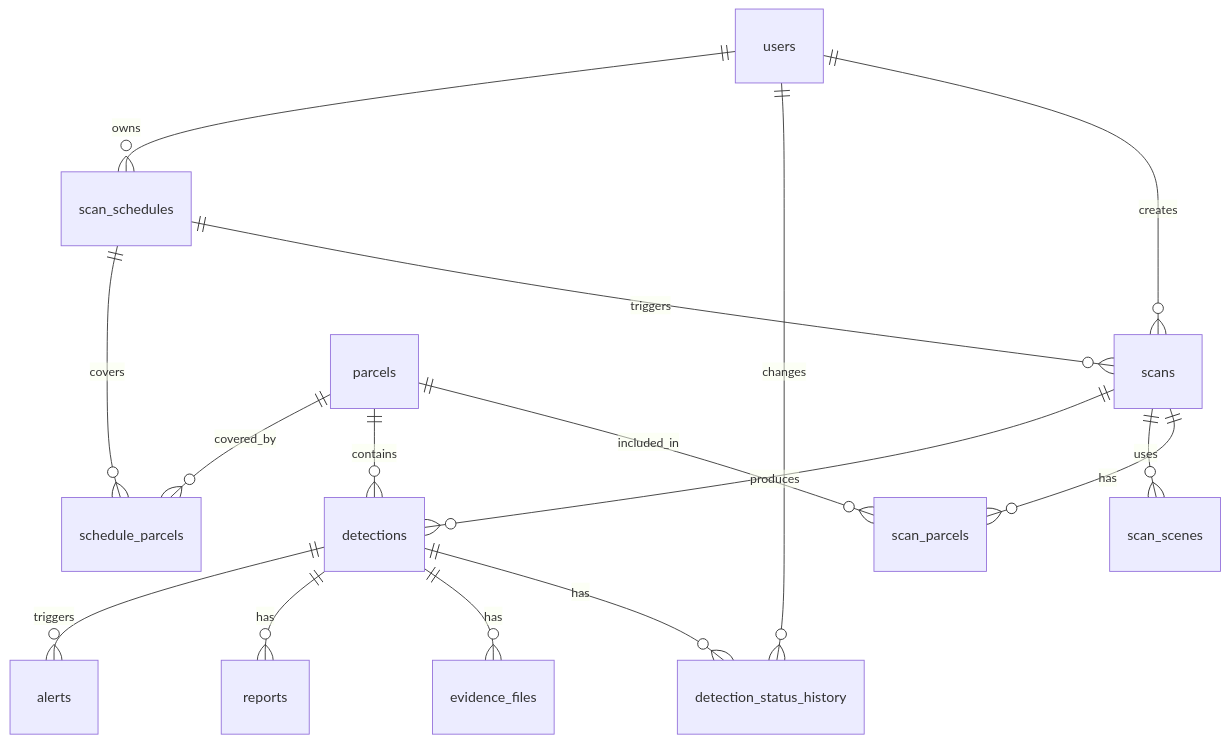
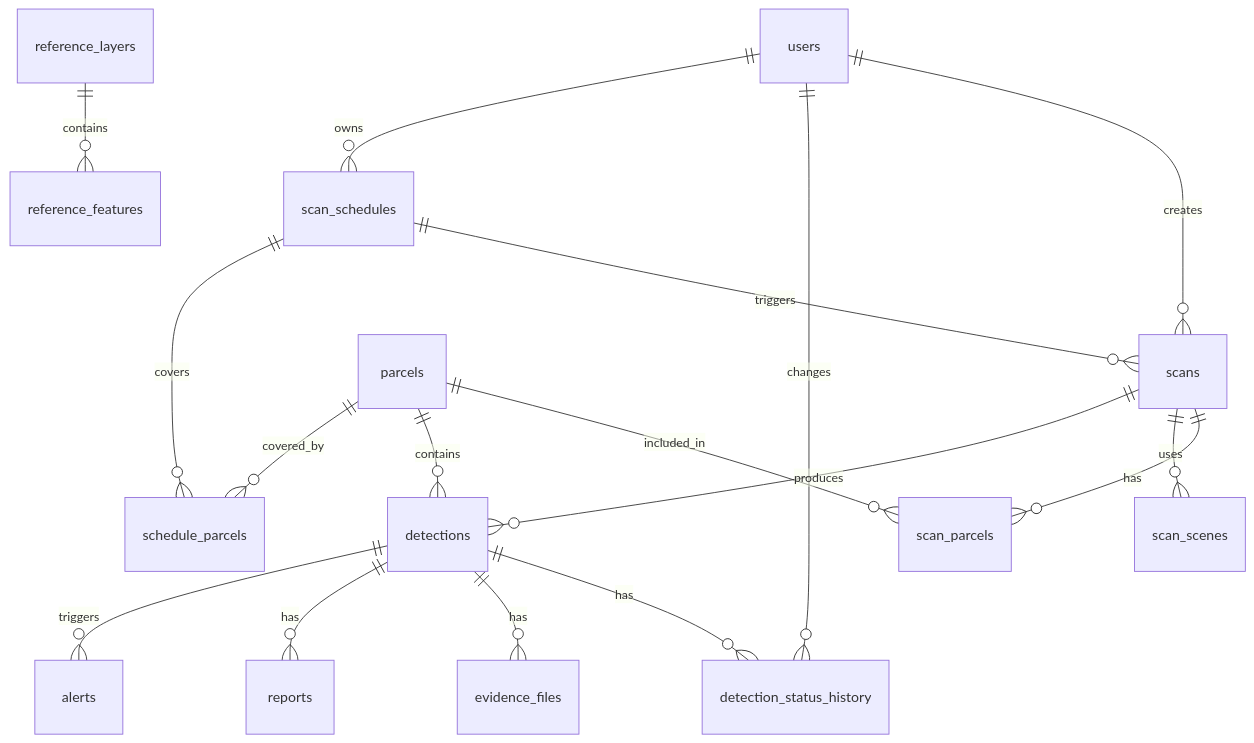
The diagram in docs/05-schema.md (shre123stha-commits/geoguard), drawn with Mermaid before and after one commit. The commit also changed other lines of this file and 29 other files, not shown here.

First line of the commit message:
feat(zones): reference layers and zone-context priority for detections (Phase 9.1, v1.1.0)

````diff
--- a/docs/05-schema.md
+++ b/docs/05-schema.md
@@ -10,18 +10,19 @@
 ```mermaid
 erDiagram
     users ||--o{ scans : creates
     users ||--o{ detection_status_history : changes
     parcels ||--o{ scan_parcels : included_in
     scans ||--o{ scan_parcels : has
     scans ||--o{ scan_scenes : uses
     scans ||--o{ detections : produces
     parcels ||--o{ detections : contains
     detections ||--o{ detection_status_history : has
     detections ||--o{ evidence_files : has
     detections ||--o{ reports : has
     detections ||--o{ alerts : triggers
     users ||--o{ scan_schedules : owns
     scan_schedules ||--o{ scans : triggers
     scan_schedules ||--o{ schedule_parcels : covers
+    reference_layers ||--o{ reference_features : contains
     parcels ||--o{ schedule_parcels : covered_by
 ```
````
